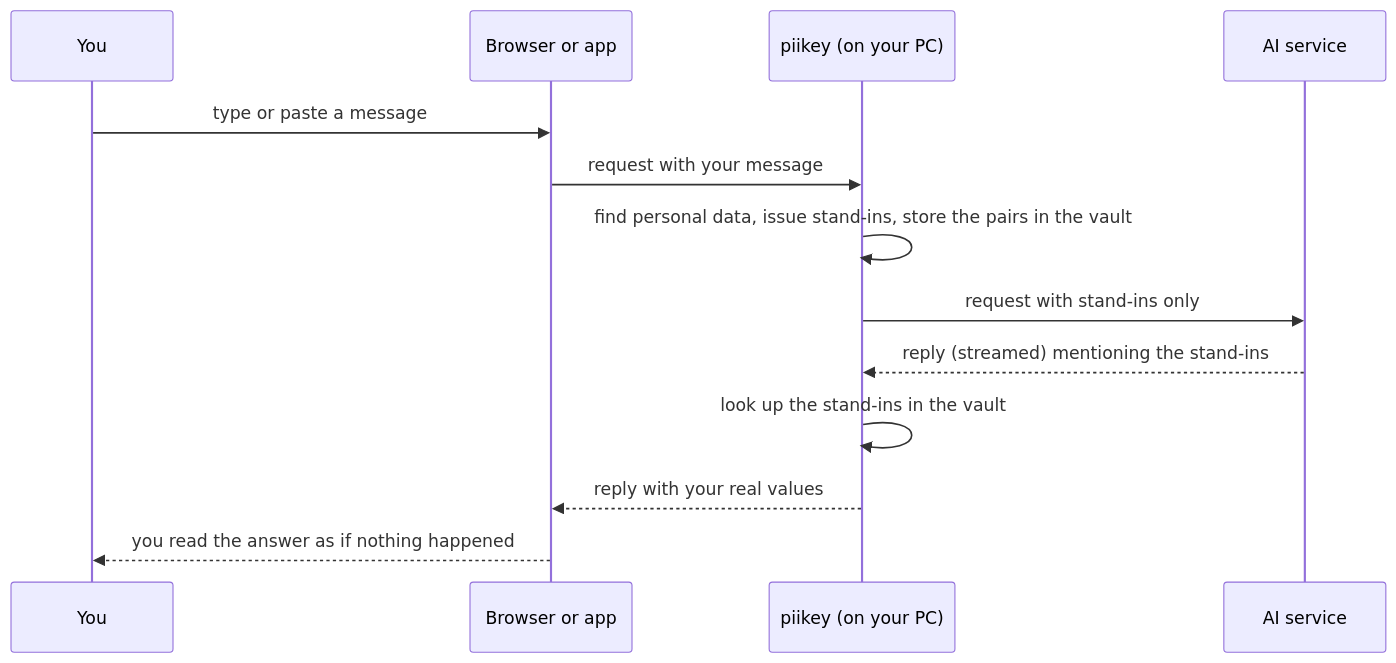
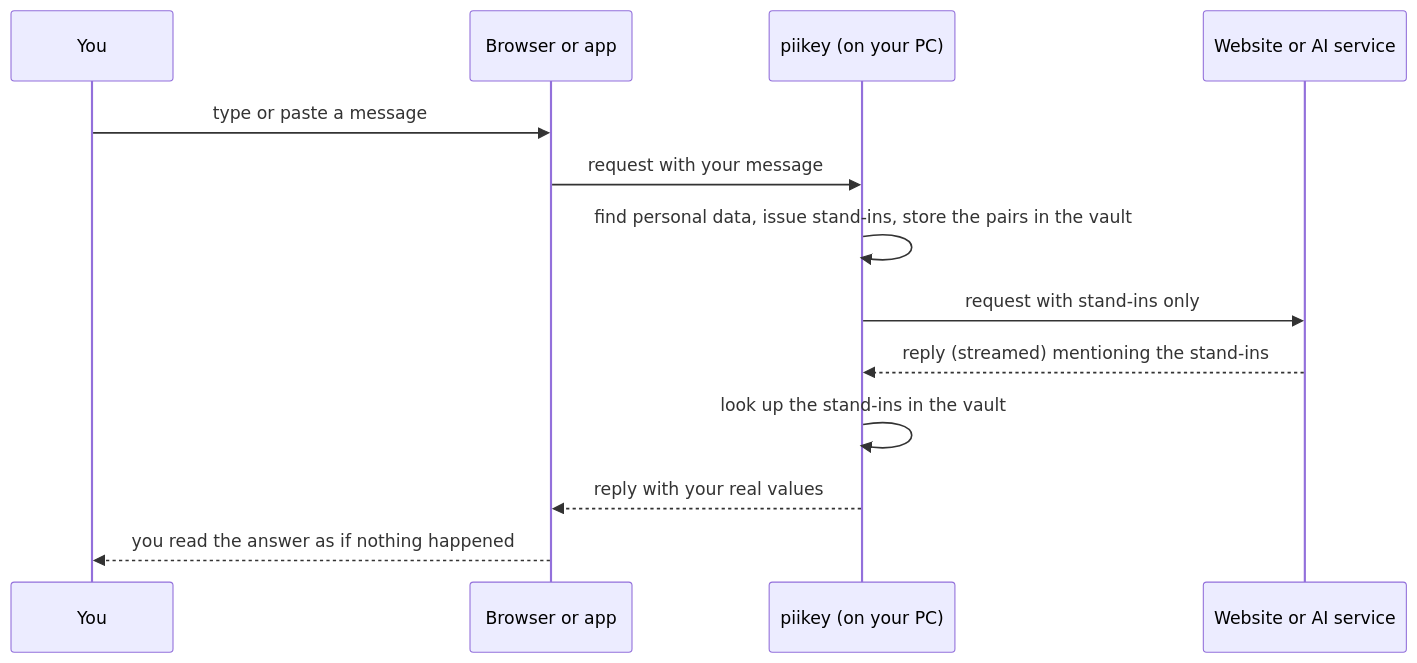
One commit to TBLgGamin/piikey changed the diagram in README.md. Above: the diagram before and after it, drawn with Mermaid. The commit also changed other lines of this file and 6 other files, not shown here.

````diff
--- a/README.md
+++ b/README.md
@@ -76,15 +71,15 @@
 ```mermaid
 sequenceDiagram
     participant You
     participant App as Browser or app
     participant piikey as piikey (on your PC)
-    participant AI as AI service
+    participant AI as Website or AI service
     You->>App: type or paste a message
     App->>piikey: request with your message
     piikey->>piikey: find personal data, issue stand-ins, store the pairs in the vault
     piikey->>AI: request with stand-ins only
     AI-->>piikey: reply (streamed) mentioning the stand-ins
     piikey->>piikey: look up the stand-ins in the vault
     piikey-->>App: reply with your real values
     App-->>You: you read the answer as if nothing happened
 ```
````
